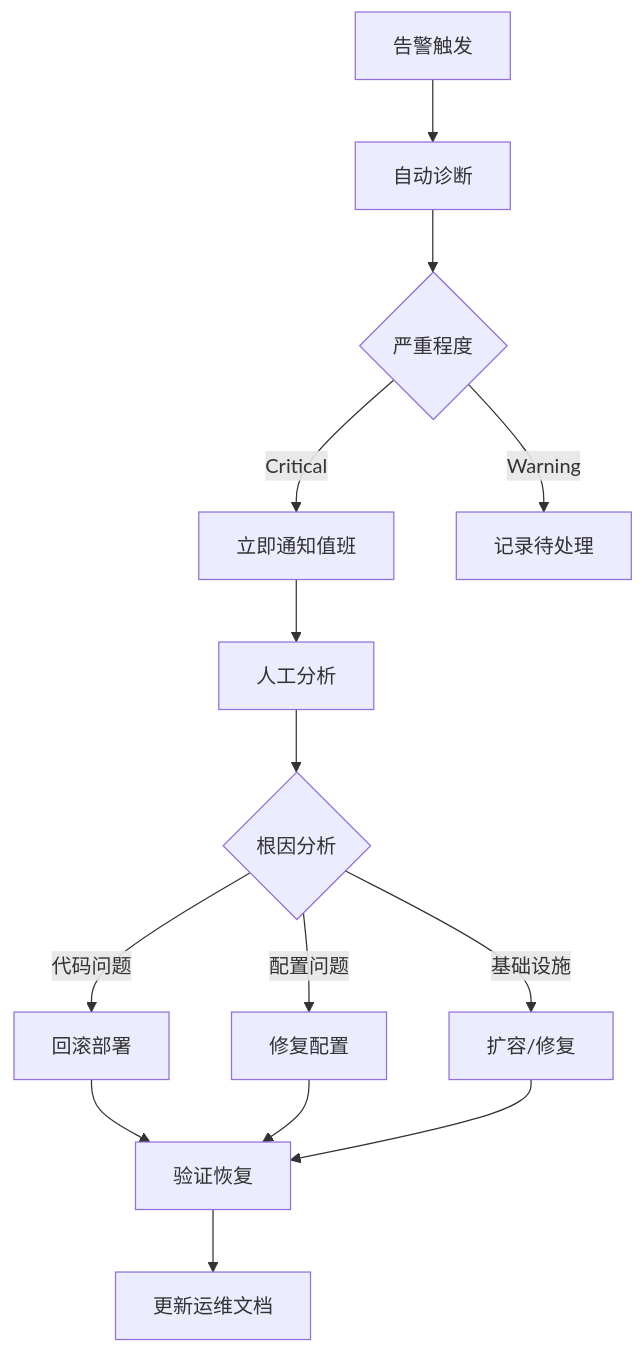
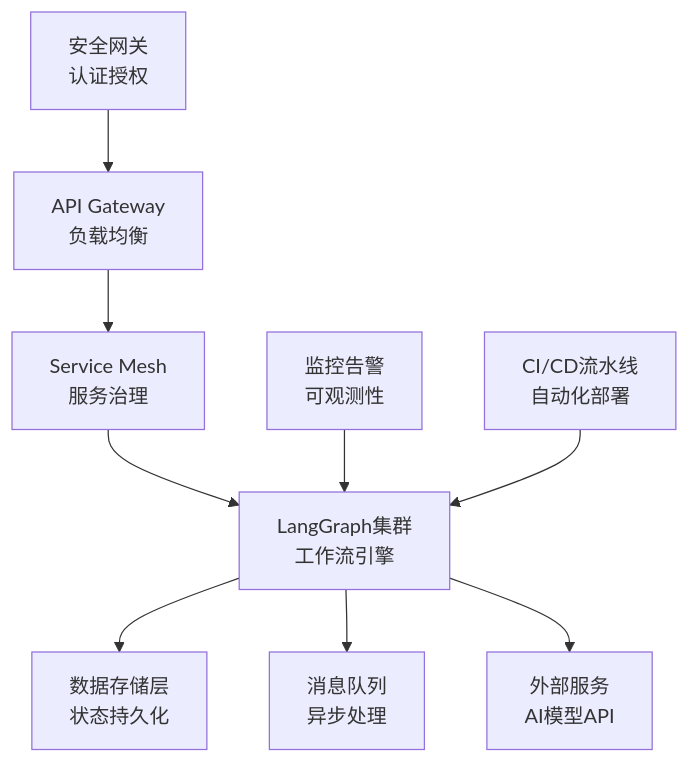
Before and after one commit to 12306hujunjie/opensource-projects-analysis: the diagram in docs/langgraph/08-企业级部署与运维实践.md, drawn with Mermaid. The commit also changed other lines of this file and 81 other files, not shown here.

````diff
--- a/docs/langgraph/08-企业级部署与运维实践.md
+++ b/docs/langgraph/08-企业级部署与运维实践.md
@@ -362,16 +35,12 @@
 ```mermaid
-graph TD
-    A[告警触发] --> B[自动诊断]
-    B --> C{严重程度}
-    C -->|Critical| D[立即通知值班]
-    C -->|Warning| E[记录待处理]
-    D --> F[人工分析]
-    F --> G{根因分析}
-    G -->|代码问题| H[回滚部署]
-    G -->|配置问题| I[修复配置]
-    G -->|基础设施| J[扩容/修复]
-    H --> K[验证恢复]
-    I --> K
-    J --> K
-    K --> L[更新运维文档]
+graph TB
+    A[API Gateway<br/>负载均衡] --> B[Service Mesh<br/>服务治理]
+    B --> C[LangGraph集群<br/>工作流引擎]
+    C --> D[数据存储层<br/>状态持久化]
+    C --> E[消息队列<br/>异步处理]
+    C --> F[外部服务<br/>AI模型API]
+    
+    G[监控告警<br/>可观测性] --> C
+    H[安全网关<br/>认证授权] --> A
+    I[CI/CD流水线<br/>自动化部署] --> C
 ```
````
